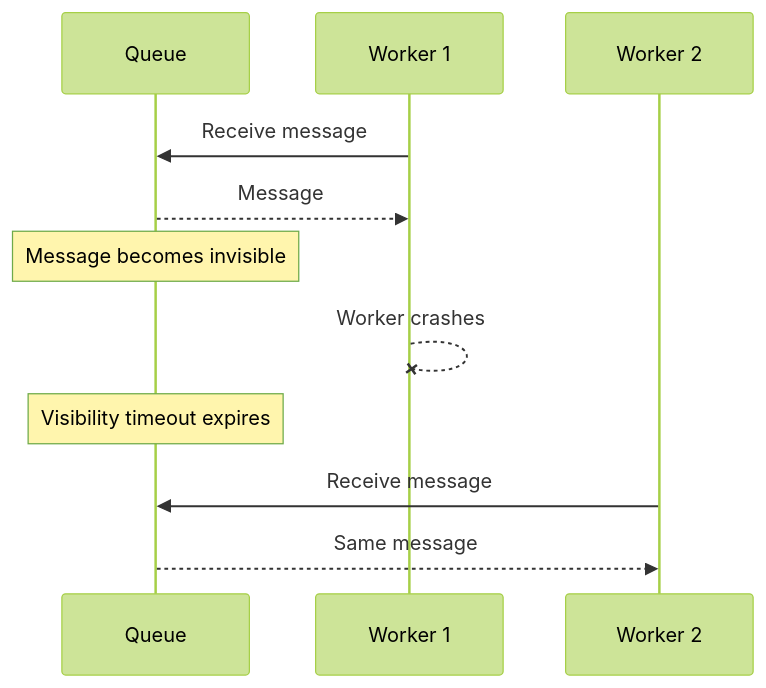
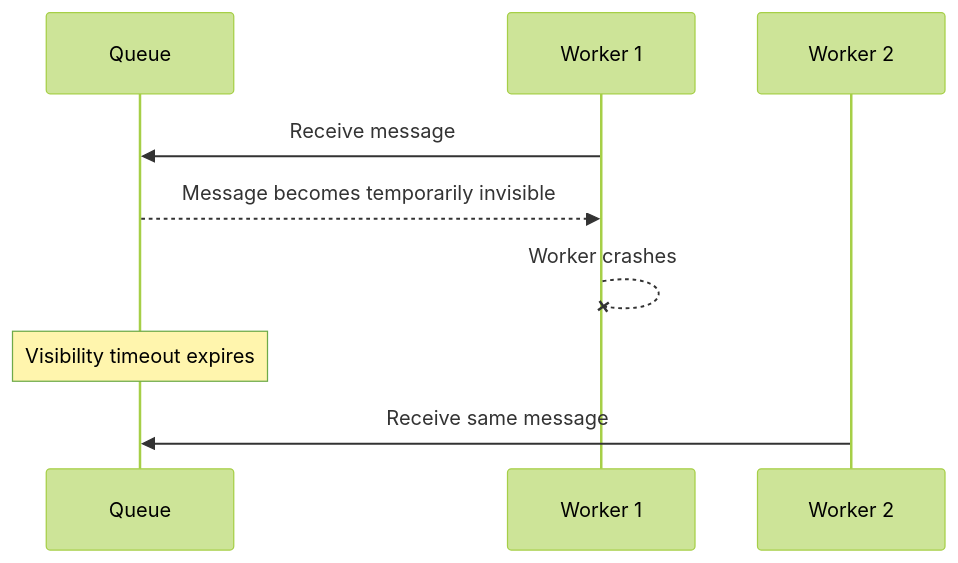
One commit to AvadhBhalodiya/Interview-Preparation changed the fourth of 16 diagrams in src/content/task-processing/message-brokers-redis-rabbitmq-sqs.md. Above: the diagram before and after it, drawn with Mermaid (forest theme). The commit also changed other lines of this file and 80 other files, not shown here.

````diff
--- a/src/content/task-processing/message-brokers-redis-rabbitmq-sqs.md
+++ b/src/content/task-processing/message-brokers-redis-rabbitmq-sqs.md
@@ -250,14 +154,12 @@
 ```mermaid
 sequenceDiagram
     participant Q as Queue
     participant W1 as Worker 1
     participant W2 as Worker 2
 
     W1->>Q: Receive message
-    Q-->>W1: Message
-    Note over Q: Message becomes invisible
+    Q-->>W1: Message becomes temporarily invisible
     W1--xW1: Worker crashes
     Note over Q: Visibility timeout expires
-    W2->>Q: Receive message
-    Q-->>W2: Same message
+    W2->>Q: Receive same message
 ```
````
